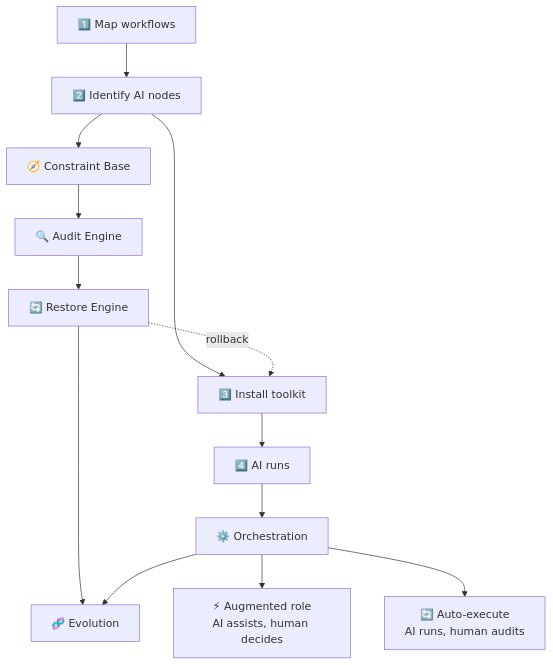
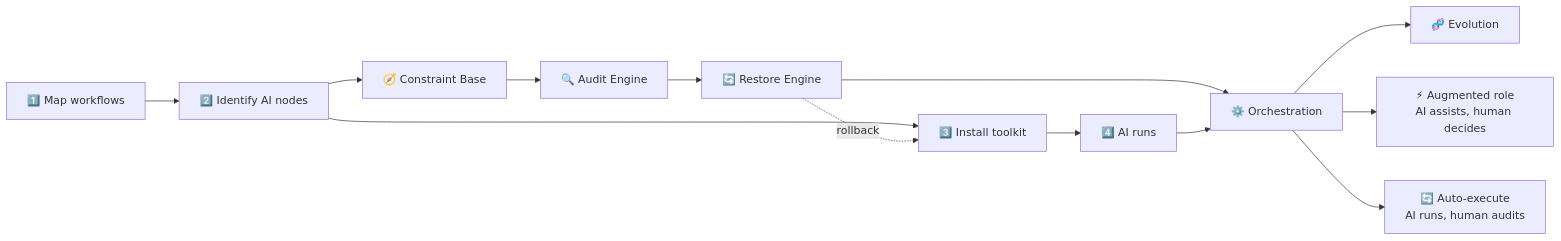
One commit to KongFangXun/sofagent changed the first of 5 diagrams in README.en.md. Above: the diagram before and after it, drawn with Mermaid. The commit also changed 1 other file, not shown here.

Commit message:
docs: FDE Mermaid LR单排五引擎 — 约束→审计→回溯→编排→进化一条线，零交叉

````diff
--- a/README.en.md
+++ b/README.en.md
@@ -87,18 +87,12 @@
 ```mermaid
-graph TB
-    1["1️⃣ Map workflows"] --> 2["2️⃣ Identify AI nodes"]
-    2 --> 3["3️⃣ Install toolkit"]
-    3 --> 4["4️⃣ AI runs"]
+graph LR
+    1["1️⃣ Map workflows"] --> 2["2️⃣ Identify AI nodes"] --> 3["3️⃣ Install toolkit"] --> 4["4️⃣ AI runs"]
 
     2 --> E["🧭 Constraint Base"]
-    E --> F["🔍 Audit Engine"]
-    F --> G["🔄 Restore Engine"]
-    G --> I["🧬 Evolution"]
+    E --> F["🔍 Audit Engine"] --> G["🔄 Restore Engine"] --> H["⚙️ Orchestration"] --> I["🧬 Evolution"]
+    4 --> H
 
-    4 --> H["⚙️ Orchestration"]
-    H --> I
     H --> J["⚡ Augmented role<br/>AI assists, human decides"]
     H --> K["🔄 Auto-execute<br/>AI runs, human audits"]
-
     G -.-> |rollback| 3
 ```
````
